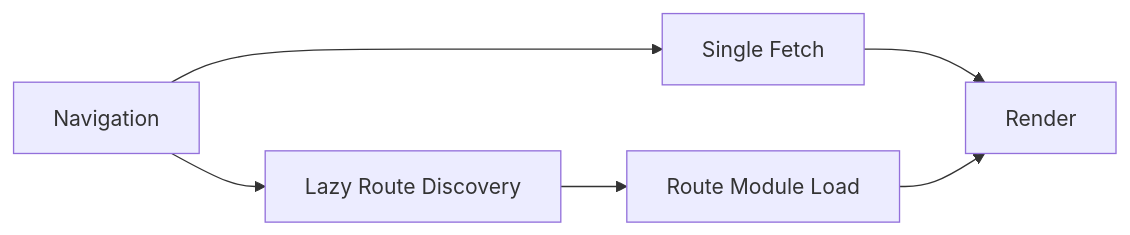
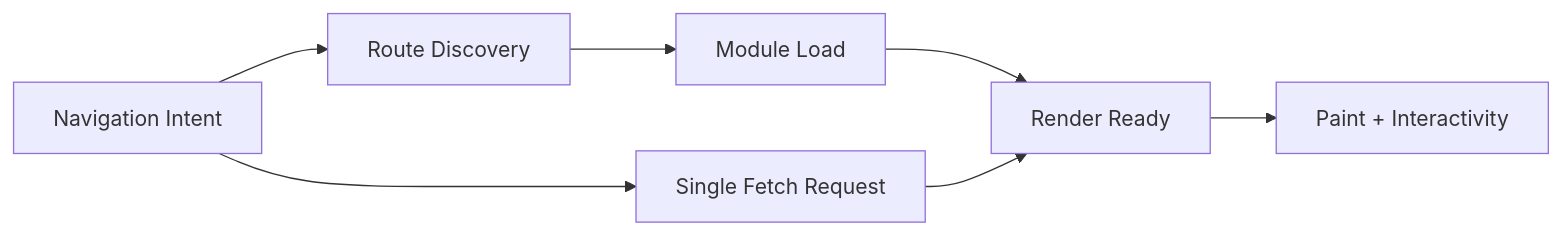
Before and after one commit to mje807/dev-blog: the diagram in content/react/react-router-v7-rsc-04-single-fetch-splitting.md, drawn with Mermaid. The commit also changed other lines of this file and 4 other files, not shown here.

````diff
--- a/content/react/react-router-v7-rsc-04-single-fetch-splitting.md
+++ b/content/react/react-router-v7-rsc-04-single-fetch-splitting.md
@@ -54,8 +89,9 @@
 ```mermaid
 flowchart LR
-  A[Navigation] --> B[Single Fetch]
-  A --> C[Lazy Route Discovery]
-  C --> D[Route Module Load]
-  B --> E[Render]
+  A[Navigation Intent] --> B[Route Discovery]
+  B --> C[Module Load]
+  A --> D[Single Fetch Request]
+  C --> E[Render Ready]
   D --> E
+  E --> F[Paint + Interactivity]
 ```
````
